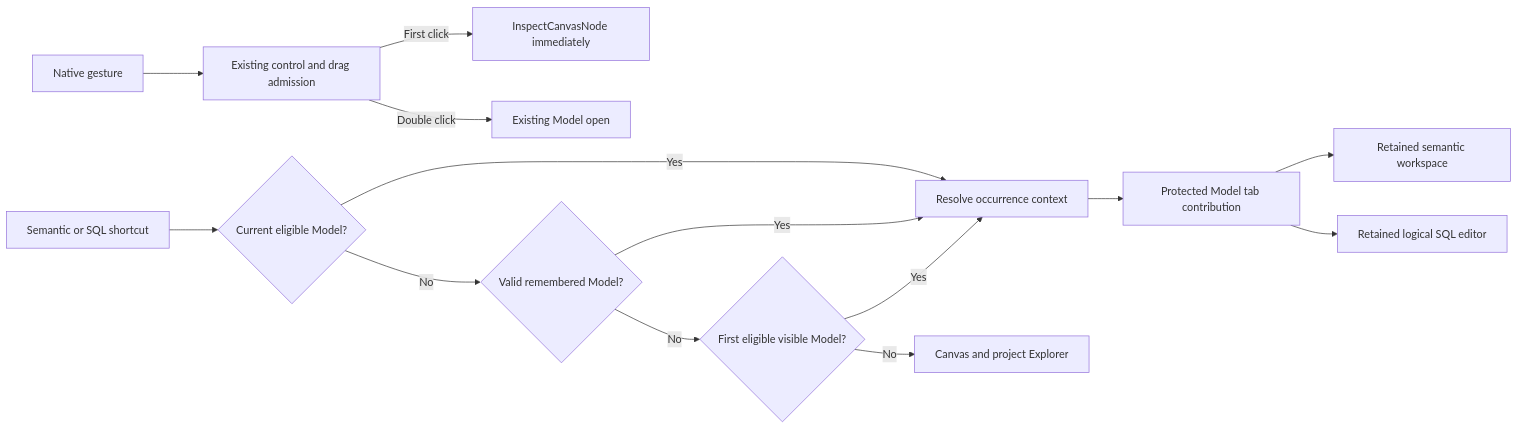
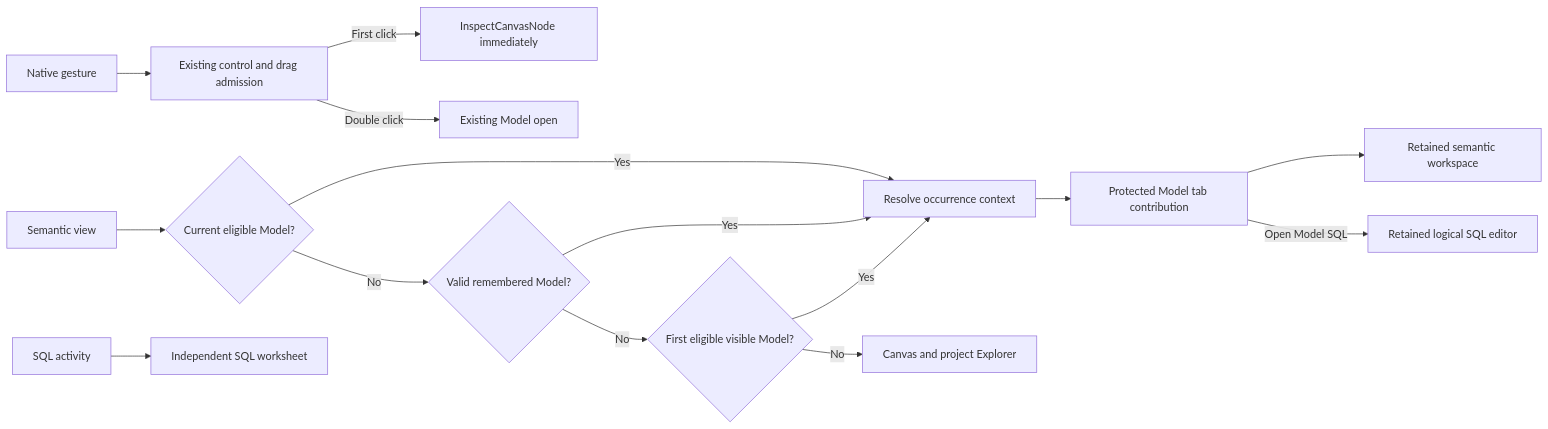
One commit to dunay2/dvt changed the first of 3 diagrams in docs/architecture/components/web/appshell/model-view-navigation.md. Above: the diagram before and after it, drawn with Mermaid. The commit also changed other lines of this file and 879 other files, not shown here.

Commit message:
feat(web): Integrate the SQL worksheet and reconcile local workspace changes (#3998)

````diff
--- a/docs/architecture/components/web/appshell/model-view-navigation.md
+++ b/docs/architecture/components/web/appshell/model-view-navigation.md
@@ -38,16 +38,17 @@
 ```mermaid
 flowchart LR
   Gesture[Native gesture] --> Admission[Existing control and drag admission]
   Admission -->|First click| Inspect[InspectCanvasNode immediately]
   Admission -->|Double click| Open[Existing Model open]
-  Rail[Semantic or SQL shortcut] --> Selected{Current eligible Model?}
+  Rail[Semantic view] --> Selected{Current eligible Model?}
+  Activity[SQL activity] --> Worksheet[Independent SQL worksheet]
   Selected -->|Yes| Context[Resolve occurrence context]
   Selected -->|No| Saved{Valid remembered Model?}
   Saved -->|Yes| Context
   Saved -->|No| First{First eligible visible Model?}
   First -->|Yes| Context
   First -->|No| Browse[Canvas and project Explorer]
   Context --> Tab[Protected Model tab contribution]
   Tab --> Semantic[Retained semantic workspace]
-  Tab --> SQL[Retained logical SQL editor]
+  Tab -->|Open Model SQL| SQL[Retained logical SQL editor]
 ```
````
